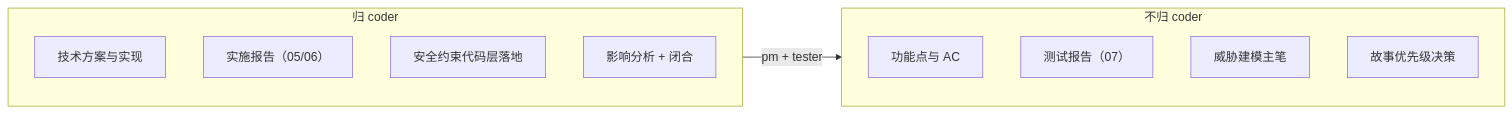
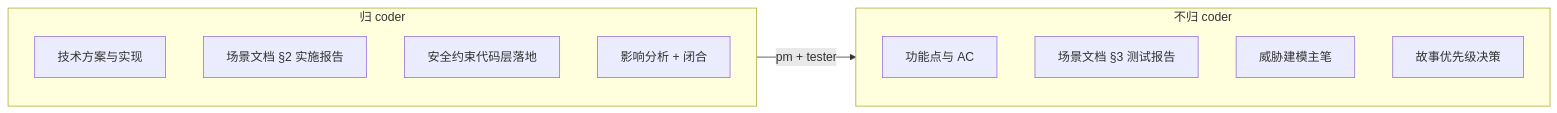
One commit to effiy/YrY changed the fifth of 6 diagrams in agents/coder.md. Above: the diagram before and after it, drawn with Mermaid. The commit also changed other lines of this file and 37 other files, not shown here.

````diff
--- a/agents/coder.md
+++ b/agents/coder.md
@@ -94,17 +129,17 @@
 ```mermaid
 flowchart LR
     subgraph coder["归 coder"]
         C1["技术方案与实现"]:::in
-        C2["实施报告（05/06）"]:::in
+        C2["场景文档 §2 实施报告"]:::in
         C3["安全约束代码层落地"]:::in
         C4["影响分析 + 闭合"]:::in
     end
     subgraph other["不归 coder"]
         O1["功能点与 AC"]:::out
-        O2["测试报告（07）"]:::out
+        O2["场景文档 §3 测试报告"]:::out
         O3["威胁建模主笔"]:::out
         O4["故事优先级决策"]:::out
     end
     coder -- "pm + tester" --> other
 
 ```
````
